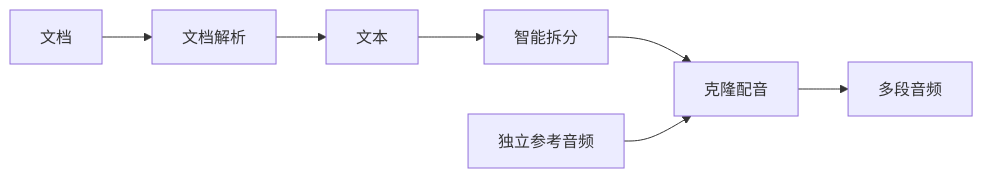
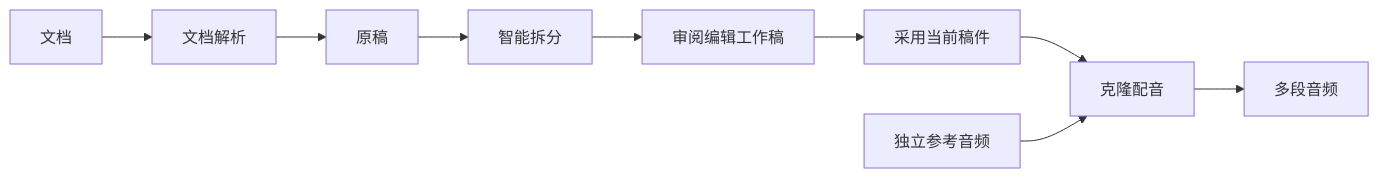
The diagram in docs/script-to-cloned-speech.zh.md (heathermason0719/tongflow), drawn with Mermaid before and after one commit. The commit also changed other lines of this file and 37 other files, not shown here.

````diff
--- a/docs/script-to-cloned-speech.zh.md
+++ b/docs/script-to-cloned-speech.zh.md
@@ -8,6 +8,6 @@
 ```mermaid
 flowchart LR
-  文档 --> 文档解析 --> 文本 --> 智能拆分 --> 克隆配音
+  文档 --> 文档解析 --> 原稿 --> 智能拆分 --> 审阅编辑工作稿 --> 采用当前稿件 --> 克隆配音
   独立参考音频 --> 克隆配音
   克隆配音 --> 多段音频
 ```
````
